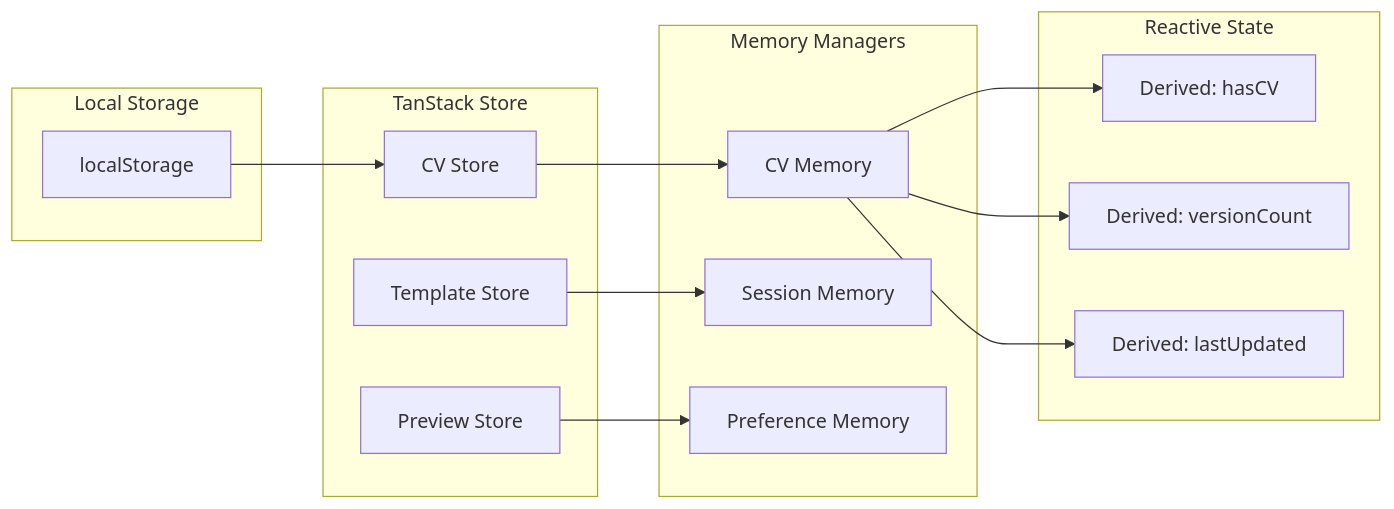
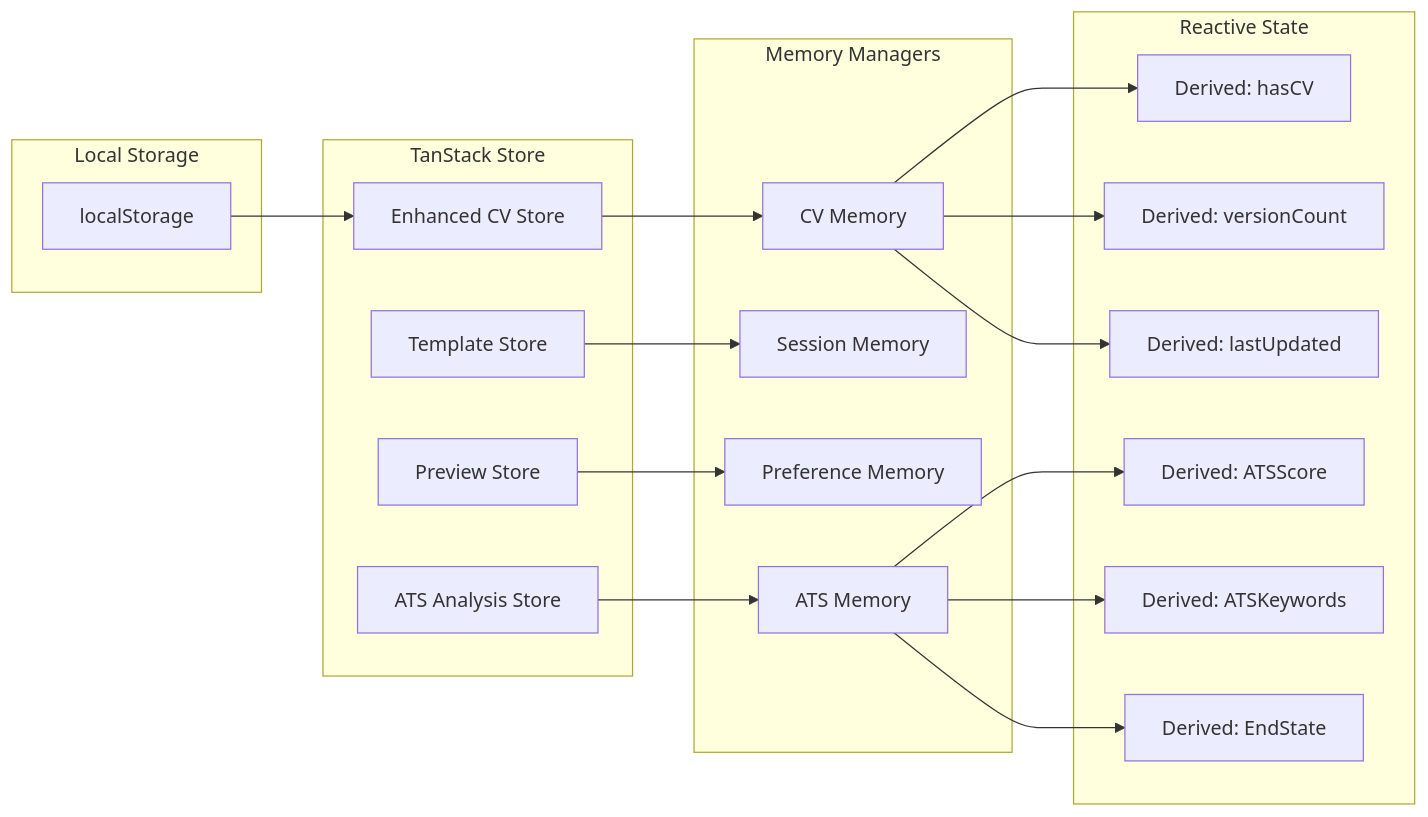
The tenth of 10 diagrams in .qoder/repowiki/en/content/User Interface Components/Standalone CV Builder.md (DoVuDung/cv-portfolio-builder), drawn with Mermaid before and after one commit. The commit also changed other lines of this file and 4 other files, not shown here.

````diff
--- a/.qoder/repowiki/en/content/User Interface Components/Standalone CV Builder.md
+++ b/.qoder/repowiki/en/content/User Interface Components/Standalone CV Builder.md
@@ -409,28 +520,37 @@
 ```mermaid
 graph LR
 subgraph "Local Storage"
 LS[localStorage]
 end
 subgraph "TanStack Store"
-CVStore[CV Store]
+CVStore[Enhanced CV Store]
 TemplateStore[Template Store]
 PreviewStore[Preview Store]
+ATSStore[ATS Analysis Store]
 end
 subgraph "Memory Managers"
 CVMem[CV Memory]
 SessionMem[Session Memory]
 PrefMem[Preference Memory]
+ATSMem[ATS Memory]
 end
 subgraph "Reactive State"
 HasCV[Derived: hasCV]
 VersionCount[Derived: versionCount]
 LastUpdated[Derived: lastUpdated]
+ATSScore[Derived: ATSScore]
+ATSKeywords[Derived: ATSKeywords]
+EndState[Derived: EndState]
 end
 LS --> CVStore
 CVStore --> CVMem
 TemplateStore --> SessionMem
 PreviewStore --> PrefMem
+ATSStore --> ATSMem
 CVMem --> HasCV
 CVMem --> VersionCount
 CVMem --> LastUpdated
+ATSMem --> ATSScore
+ATSMem --> ATSKeywords
+ATSMem --> EndState
 ```
````
